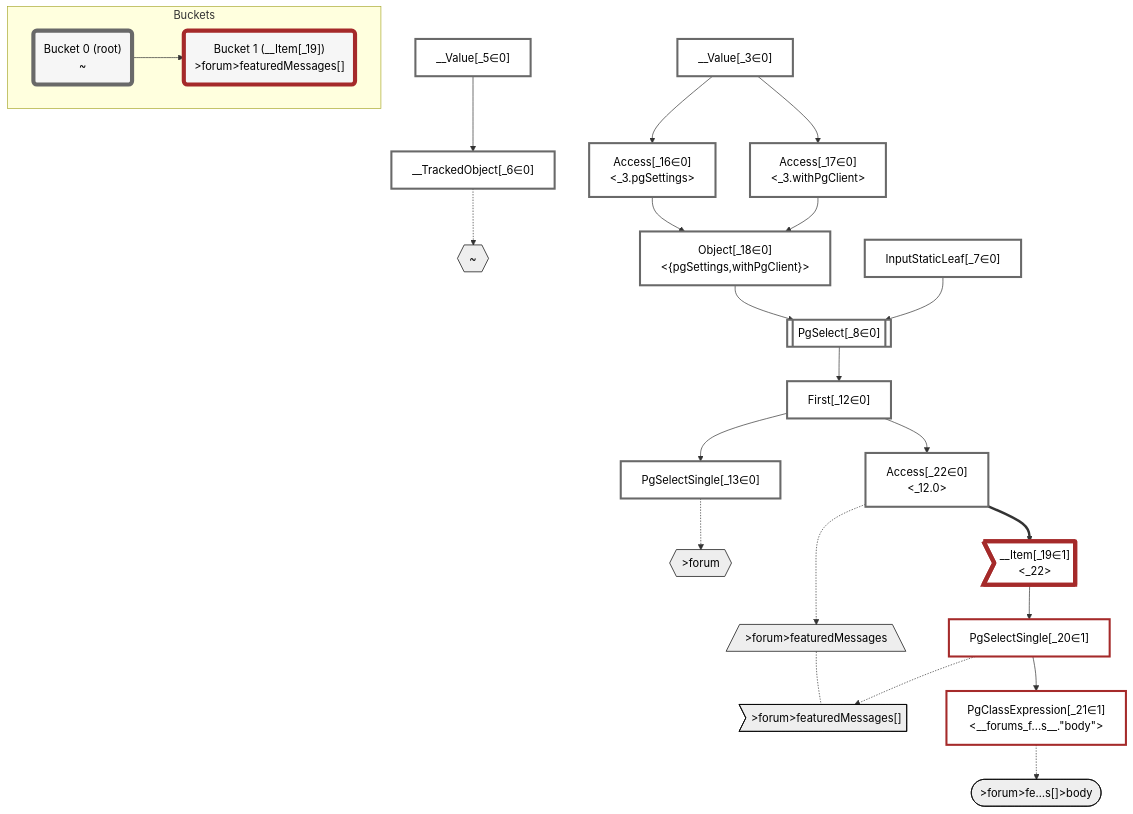
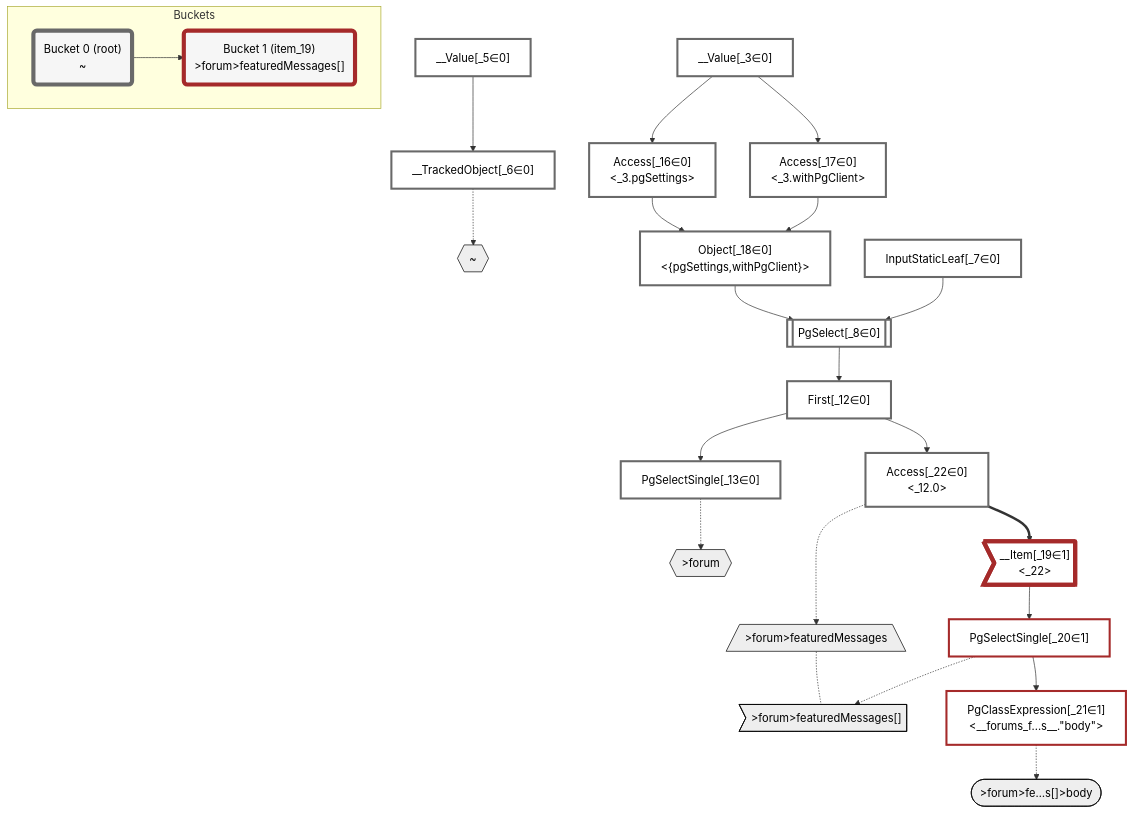
One commit to graphile/crystal changed the diagram in packages/dataplan-pg/__tests__/queries/functions/computed-column-setof-message.mermaid.md. Above: the diagram before and after it, drawn with Mermaid. The commit also changed 159 other files, not shown here.

````diff
--- a/packages/dataplan-pg/__tests__/queries/functions/computed-column-setof-message.mermaid.md
+++ b/packages/dataplan-pg/__tests__/queries/functions/computed-column-setof-message.mermaid.md
@@ -1,72 +1,72 @@
 ```mermaid
 graph TD
     classDef path fill:#eee,stroke:#000,color:#000
     classDef plan fill:#fff,stroke-width:3px,color:#000
     classDef itemplan fill:#fff,stroke-width:6px,color:#000
     classDef sideeffectplan fill:#f00,stroke-width:6px,color:#000
     classDef bucket fill:#f6f6f6,color:#000,stroke-width:6px
 
     %% subgraph fields
     P1{{"~"}}:::path
     P2{{">forum"}}:::path
     P3[/">forum>featuredMessages"\]:::path
     P4>">forum>featuredMessages[]"]:::path
     P3 -.- P4
     P5([">forum>fe…s[]>body"]):::path
     %% P4 -.-> P5
     %% P2 -.-> P3
     %% P1 -.-> P2
     %% end
 
     %% define plans
     __Value_3["__Value[_3∈0]<br /><context>"]:::plan
     __Value_5["__Value[_5∈0]<br /><rootValue>"]:::plan
     __TrackedObject_6["__TrackedObject[_6∈0]"]:::plan
     InputStaticLeaf_7["InputStaticLeaf[_7∈0]"]:::plan
     PgSelect_8[["PgSelect[_8∈0]<br /><forums>"]]:::plan
     First_12["First[_12∈0]"]:::plan
     PgSelectSingle_13["PgSelectSingle[_13∈0]<br /><forums>"]:::plan
     Access_16["Access[_16∈0]<br /><_3.pgSettings>"]:::plan
     Access_17["Access[_17∈0]<br /><_3.withPgClient>"]:::plan
     Object_18["Object[_18∈0]<br /><{pgSettings,withPgClient}>"]:::plan
     __Item_19>"__Item[_19∈1]<br /><_22>"]:::itemplan
     PgSelectSingle_20["PgSelectSingle[_20∈1]<br /><forums_featured_messages>"]:::plan
     PgClassExpression_21["PgClassExpression[_21∈1]<br /><__forums_f...s__.#quot;body#quot;>"]:::plan
     Access_22["Access[_22∈0]<br /><_12.0>"]:::plan
 
     %% plan dependencies
     __Value_5 --> __TrackedObject_6
     Object_18 --> PgSelect_8
     InputStaticLeaf_7 --> PgSelect_8
     PgSelect_8 --> First_12
     First_12 --> PgSelectSingle_13
     __Value_3 --> Access_16
     __Value_3 --> Access_17
     Access_16 --> Object_18
     Access_17 --> Object_18
     Access_22 ==> __Item_19
     __Item_19 --> PgSelectSingle_20
     PgSelectSingle_20 --> PgClassExpression_21
     First_12 --> Access_22
 
     %% plan-to-path relationships
     __TrackedObject_6 -.-> P1
     PgSelectSingle_13 -.-> P2
     Access_22 -.-> P3
     PgSelectSingle_20 -.-> P4
     PgClassExpression_21 -.-> P5
 
     %% allocate buckets
     classDef bucket0 stroke:#696969
     class __Value_3,__Value_5,__TrackedObject_6,InputStaticLeaf_7,PgSelect_8,First_12,PgSelectSingle_13,Access_16,Access_17,Object_18,Access_22 bucket0
     classDef bucket1 stroke:#a52a2a
     class __Item_19,PgSelectSingle_20,PgClassExpression_21 bucket1
 
     subgraph Buckets
     Bucket0("Bucket 0 (root)<br />~"):::bucket
     style Bucket0 stroke:#696969
-    Bucket1("Bucket 1 (__Item[_19])<br />>forum>featuredMessages[]"):::bucket
+    Bucket1("Bucket 1 (item_19)<br />>forum>featuredMessages[]"):::bucket
     style Bucket1 stroke:#a52a2a
     Bucket0 --> Bucket1
     end
 ```
````
